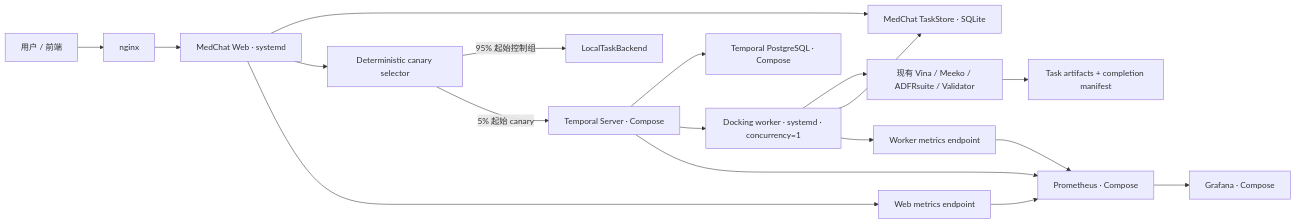
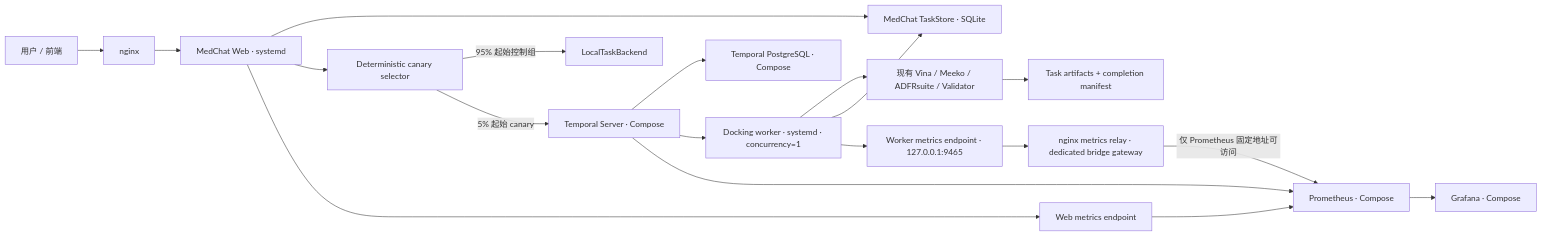
One commit to kxyesyes/molecular_chat_system changed the diagram in docs/superpowers/specs/2026-08-21-temporal-production-canary-readiness-design.md. Above: the diagram before and after it, drawn with Mermaid. The commit also changed other lines of this file, not shown here.

Commit message:
docs: design secure worker metrics relay

````diff
--- a/docs/superpowers/specs/2026-08-21-temporal-production-canary-readiness-design.md
+++ b/docs/superpowers/specs/2026-08-21-temporal-production-canary-readiness-design.md
@@ -73,20 +74,21 @@
 ```mermaid
 flowchart LR
     USER["用户 / 前端"] --> NGINX["nginx"]
     NGINX --> WEB["MedChat Web · systemd"]
     WEB --> STORE["MedChat TaskStore · SQLite"]
     WEB --> SELECTOR["Deterministic canary selector"]
     SELECTOR -->|"95% 起始控制组"| LOCAL["LocalTaskBackend"]
     SELECTOR -->|"5% 起始 canary"| TEMP["Temporal Server · Compose"]
     TEMP --> TDB["Temporal PostgreSQL · Compose"]
     TEMP --> WORKER["Docking worker · systemd · concurrency=1"]
     WORKER --> SCI["现有 Vina / Meeko / ADFRsuite / Validator"]
     SCI --> ART["Task artifacts + completion manifest"]
     WORKER --> STORE
     WEB --> METRICS["Web metrics endpoint"]
-    WORKER --> WMETRICS["Worker metrics endpoint"]
+    WORKER --> WMETRICS["Worker metrics endpoint · 127.0.0.1:9465"]
+    WMETRICS --> RELAY["nginx metrics relay · dedicated bridge gateway"]
     METRICS --> PROM["Prometheus · Compose"]
-    WMETRICS --> PROM
+    RELAY -->|"仅 Prometheus 固定地址可访问"| PROM
     TEMP --> PROM
     PROM --> GRAFANA["Grafana · Compose"]
 ```
````
